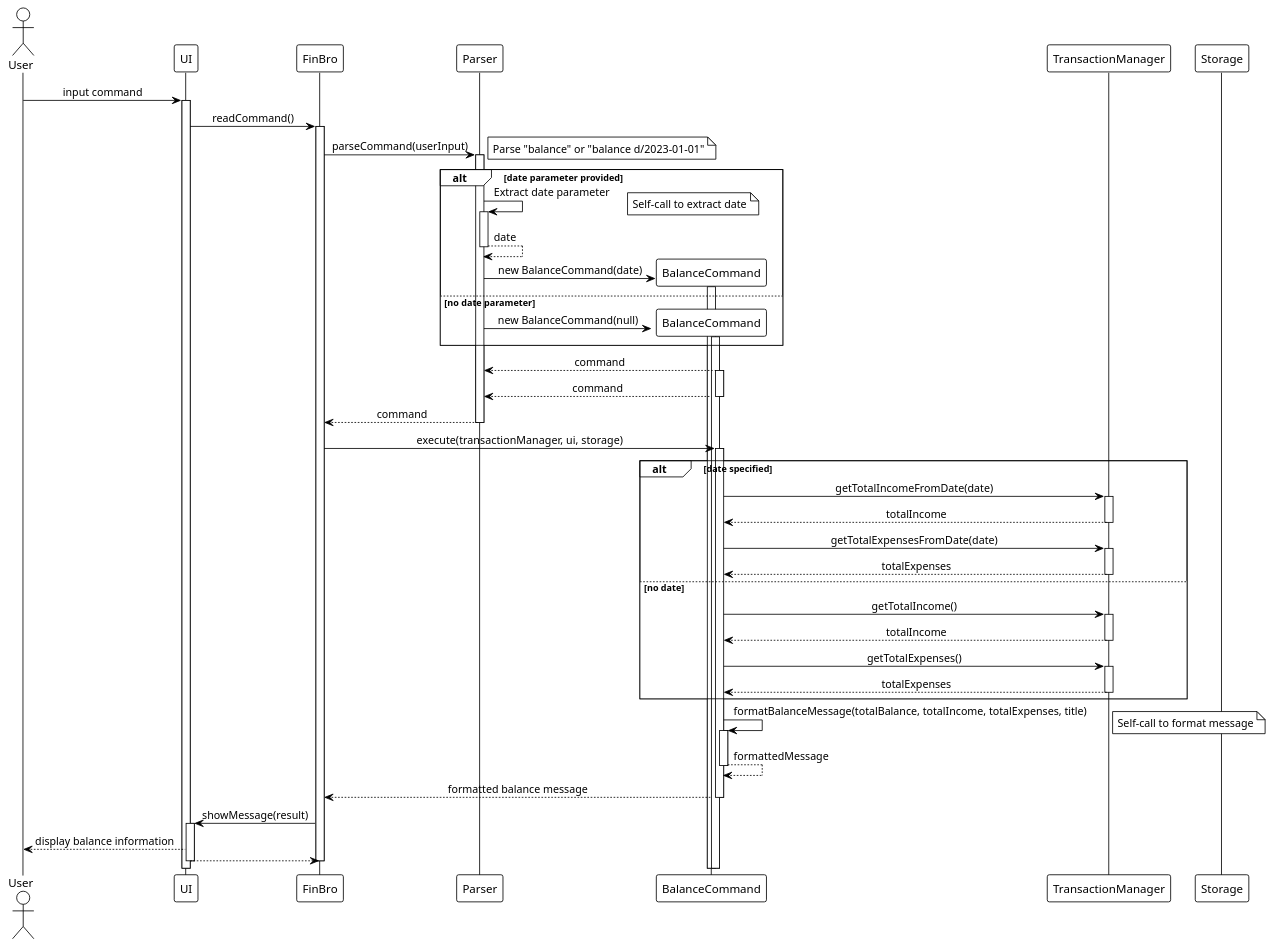
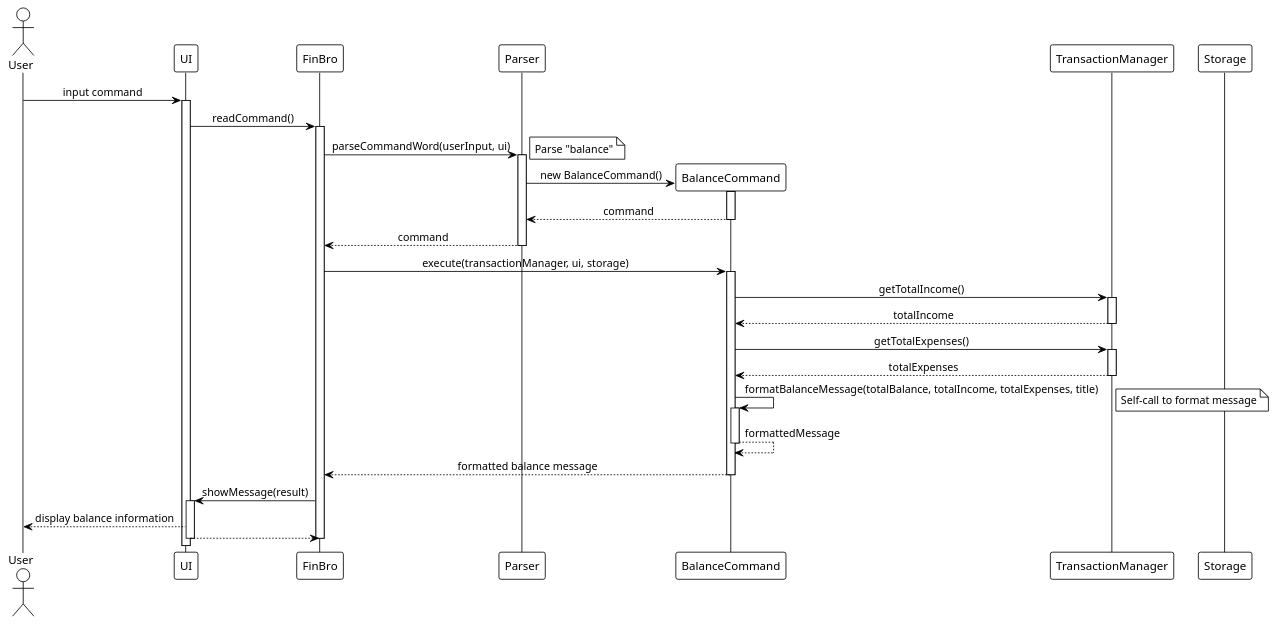
One commit to laitcanard05/tp changed the diagram in docs/diagrams/puml/sequence/sequence-balance.puml. Above: the diagram before and after it, drawn with PlantUML. The commit also changed 13 other files, not shown here.

Commit message:
Update sequence diagrams to reflect friendly CLI

```diff
--- a/docs/diagrams/puml/sequence/sequence-balance.puml
+++ b/docs/diagrams/puml/sequence/sequence-balance.puml
@@ -1,90 +1,63 @@
 @startuml
 !theme plain
 skinparam sequenceMessageAlign center
 skinparam responseMessageBelowArrow true
 skinparam lifelineStrategy nosolid
 
 actor "User" as User
 participant "UI" as UI
 participant "FinBro" as FinBro
 participant "Parser" as Parser
 participant "BalanceCommand" as BalanceCommand
 participant "TransactionManager" as TransactionMgr
 participant "Storage" as Storage
 
 User -> UI : input command
 activate UI
 
 UI -> FinBro : readCommand()
 activate FinBro
 
-FinBro -> Parser : parseCommand(userInput)
+FinBro -> Parser : parseCommandWord(userInput, ui)
 activate Parser
-note right: Parse "balance" or "balance d/2023-01-01"
+note right: Parse "balance"
 
-alt date parameter provided
-    Parser -> Parser : Extract date parameter
-    activate Parser
-    note right: Self-call to extract date
-    Parser --> Parser : date
-    deactivate Parser
-
-    create BalanceCommand
-    Parser -> BalanceCommand : new BalanceCommand(date)
-    activate BalanceCommand
-else no date parameter
-    create BalanceCommand
-    Parser -> BalanceCommand : new BalanceCommand(null)
-    activate BalanceCommand
-end
-
-BalanceCommand --> Parser : command
-
+create BalanceCommand
+Parser -> BalanceCommand : new BalanceCommand()
 activate BalanceCommand
 BalanceCommand --> Parser : command
 deactivate BalanceCommand
+
 Parser --> FinBro : command
 deactivate Parser
 
 FinBro -> BalanceCommand : execute(transactionManager, ui, storage)
 activate BalanceCommand
 
-alt date specified
-    BalanceCommand -> TransactionMgr : getTotalIncomeFromDate(date)
-    activate TransactionMgr
-    TransactionMgr --> BalanceCommand : totalIncome
-    deactivate TransactionMgr
+BalanceCommand -> TransactionMgr : getTotalIncome()
+activate TransactionMgr
+TransactionMgr --> BalanceCommand : totalIncome
+deactivate TransactionMgr
 
-    BalanceCommand -> TransactionMgr : getTotalExpensesFromDate(date)
-    activate TransactionMgr
-    TransactionMgr --> BalanceCommand : totalExpenses
-    deactivate TransactionMgr
-else no date
-    BalanceCommand -> TransactionMgr : getTotalIncome()
-    activate TransactionMgr
-    TransactionMgr --> BalanceCommand : totalIncome
-    deactivate TransactionMgr
-
-    BalanceCommand -> TransactionMgr : getTotalExpenses()
-    activate TransactionMgr
-    TransactionMgr --> BalanceCommand : totalExpenses
-    deactivate TransactionMgr
-end
+BalanceCommand -> TransactionMgr : getTotalExpenses()
+activate TransactionMgr
+TransactionMgr --> BalanceCommand : totalExpenses
+deactivate TransactionMgr
 
 BalanceCommand -> BalanceCommand : formatBalanceMessage(totalBalance, totalIncome, totalExpenses, title)
 activate BalanceCommand
 note right: Self-call to format message
 BalanceCommand --> BalanceCommand : formattedMessage
 deactivate BalanceCommand
 
 BalanceCommand --> FinBro : formatted balance message
 deactivate BalanceCommand
 
 FinBro -> UI : showMessage(result)
 activate UI
 UI --> User : display balance information
 UI --> FinBro
 deactivate UI
 deactivate FinBro
 
 @enduml
```
